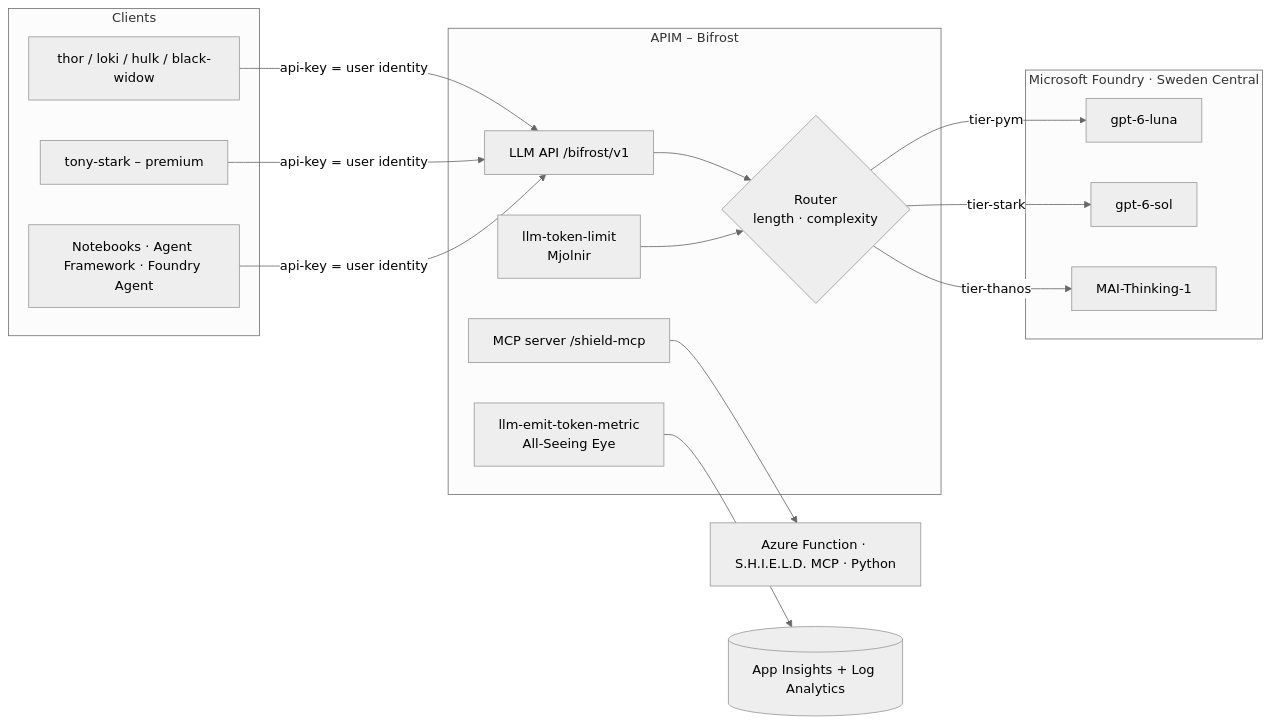
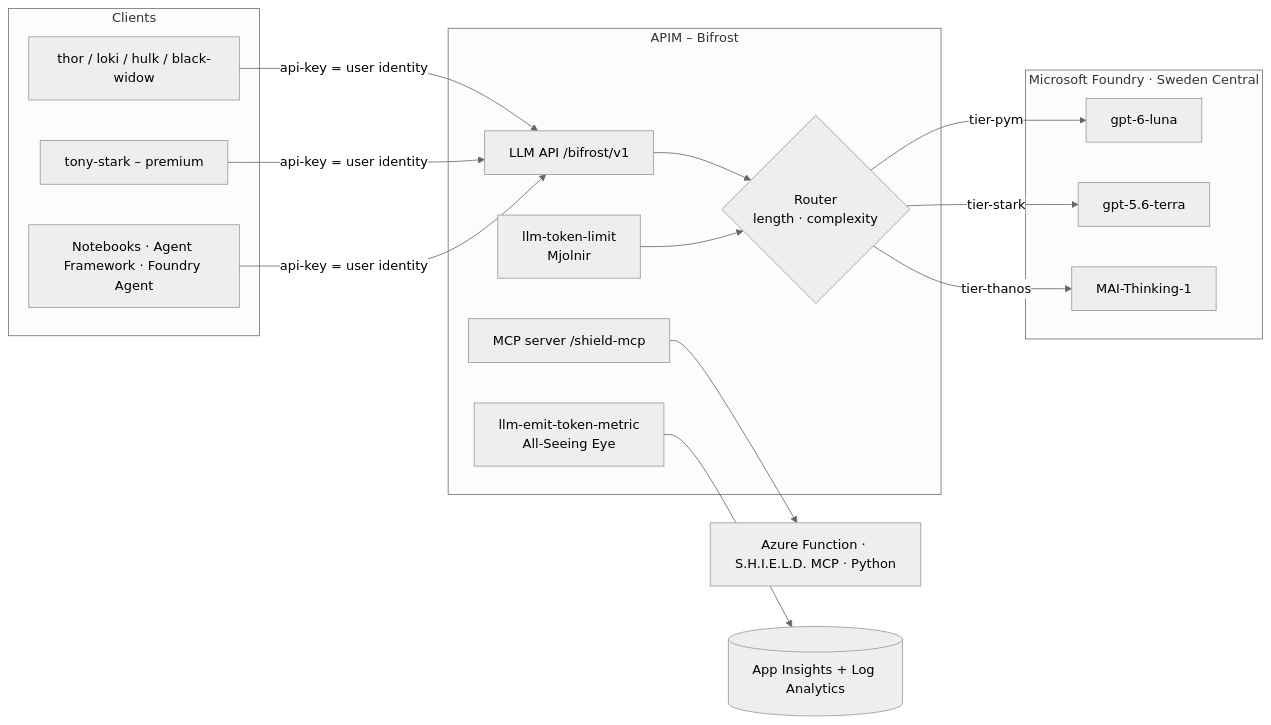
The diagram in README.md (nampacx/Azue-APIM-LLM-Gateway), drawn with Mermaid (neutral theme) before and after one commit. The commit also changed other lines of this file and 10 other files, not shown here.

````diff
--- a/README.md
+++ b/README.md
@@ -10,24 +10,24 @@
 ```mermaid
 flowchart LR
   subgraph Clients
     T[thor / loki / hulk / black-widow]:::c
     S[tony-stark – premium]:::c
     N[Notebooks · Agent Framework · Foundry Agent]:::c
   end
   T & S & N -->|api-key = user identity| B
   subgraph Bifrost[APIM – Bifrost]
     B[LLM API /bifrost/v1] --> R{Router<br/>length · complexity}
     L[llm-token-limit<br/>Mjolnir]:::p --> R
     M[llm-emit-token-metric<br/>All-Seeing Eye]:::p
     MCP[MCP server /shield-mcp]
   end
   R -->|tier-pym| F1[gpt-6-luna]
-  R -->|tier-stark| F2[gpt-6-sol]
+  R -->|tier-stark| F2[gpt-5.6-terra]
   R -->|tier-thanos| F3[MAI-Thinking-1]
   subgraph Foundry[Microsoft Foundry · Sweden Central]
     F1; F2; F3
   end
   MCP --> FN[Azure Function · S.H.I.E.L.D. MCP · Python]
   M --> AI[(App Insights + Log Analytics)]
   classDef c fill:#eef;classDef p fill:#fed
 ```
````
